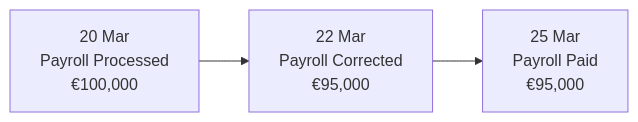
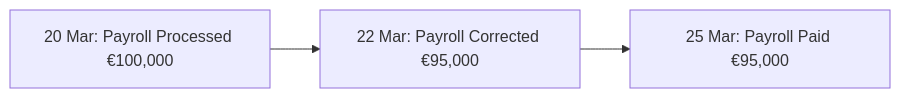
The seventh of 12 diagrams in book/01-from-reporting-to-decision-intelligence.md (androviperian/semantic_warehouse_framework), drawn with Mermaid before and after one commit. The commit also changed other lines of this file, not shown here.

Commit message:
Repair and complete chapter 1 Mermaid diagrams

````diff
--- a/book/01-from-reporting-to-decision-intelligence.md
+++ b/book/01-from-reporting-to-decision-intelligence.md
@@ -319,6 +286,5 @@
 ```mermaid
 flowchart LR
-    A["20 Mar<br/>Payroll Processed<br/>€100,000"] -->
-    B["22 Mar<br/>Payroll Corrected<br/>€95,000"] -->
-    C["25 Mar<br/>Payroll Paid<br/>€95,000"]
+    A["20 Mar: Payroll Processed €100,000"] --> B["22 Mar: Payroll Corrected €95,000"]
+    B --> C["25 Mar: Payroll Paid €95,000"]
 ```
````
